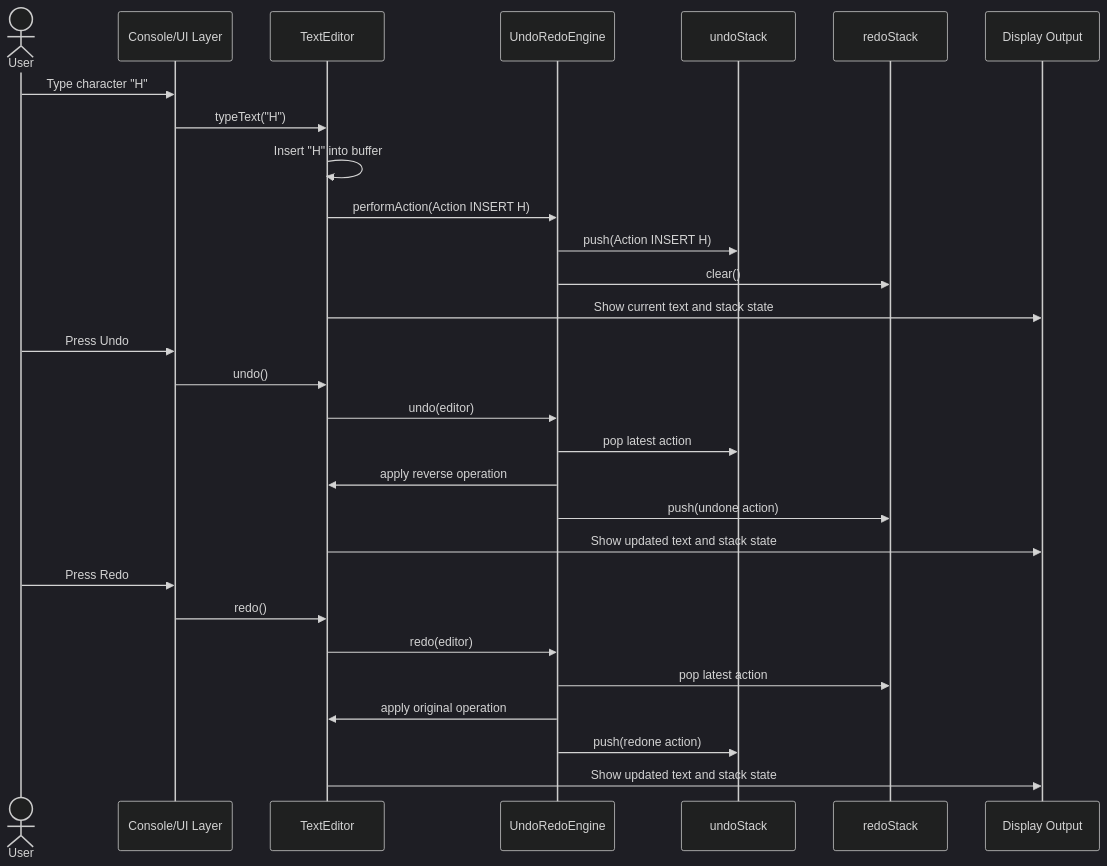
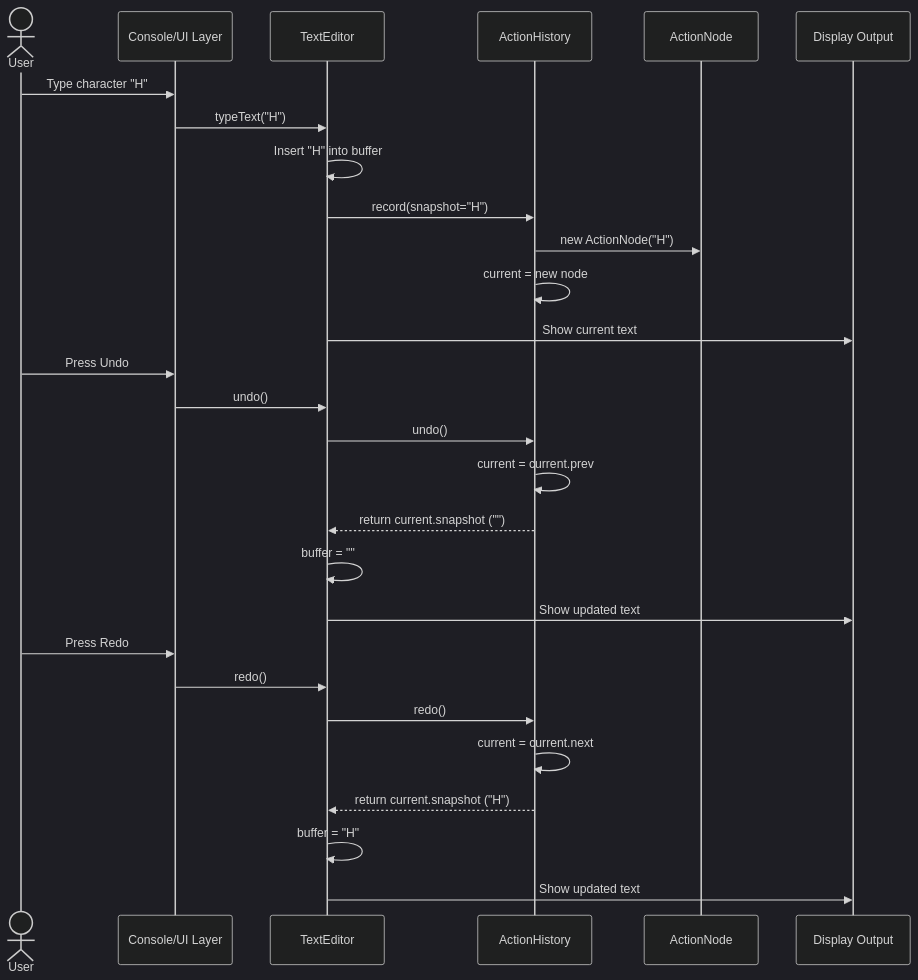
The fifth of 5 diagrams in CSD201/CSD201_Project_UndoRedo_Planning.md (NguyenThanh111/CSD201), drawn with Mermaid (dark theme) before and after one commit. The commit also changed other lines of this file, not shown here.

````diff
--- a/CSD201/CSD201_Project_UndoRedo_Planning.md
+++ b/CSD201/CSD201_Project_UndoRedo_Planning.md
@@ -772,34 +691,33 @@
 ```mermaid
 sequenceDiagram
     actor User
     participant UI as Console/UI Layer
     participant Editor as TextEditor
-    participant Engine as UndoRedoEngine
-    participant Undo as undoStack
-    participant Redo as redoStack
+    participant History as ActionHistory
+    participant Node as ActionNode
     participant Display as Display Output
 
     User->>UI: Type character "H"
     UI->>Editor: typeText("H")
     Editor->>Editor: Insert "H" into buffer
-    Editor->>Engine: performAction(Action INSERT H)
-    Engine->>Undo: push(Action INSERT H)
-    Engine->>Redo: clear()
-    Editor->>Display: Show current text and stack state
+    Editor->>History: record(snapshot="H")
+    History->>Node: new ActionNode("H")
+    History->>History: current = new node
+    Editor->>Display: Show current text
 
     User->>UI: Press Undo
     UI->>Editor: undo()
-    Editor->>Engine: undo(editor)
-    Engine->>Undo: pop latest action
-    Engine->>Editor: apply reverse operation
-    Engine->>Redo: push(undone action)
-    Editor->>Display: Show updated text and stack state
+    Editor->>History: undo()
+    History->>History: current = current.prev
+    History-->>Editor: return current.snapshot ("")
+    Editor->>Editor: buffer = ""
+    Editor->>Display: Show updated text
 
     User->>UI: Press Redo
     UI->>Editor: redo()
-    Editor->>Engine: redo(editor)
-    Engine->>Redo: pop latest action
-    Engine->>Editor: apply original operation
-    Engine->>Undo: push(redone action)
-    Editor->>Display: Show updated text and stack state
+    Editor->>History: redo()
+    History->>History: current = current.next
+    History-->>Editor: return current.snapshot ("H")
+    Editor->>Editor: buffer = "H"
+    Editor->>Display: Show updated text
 ```
````
